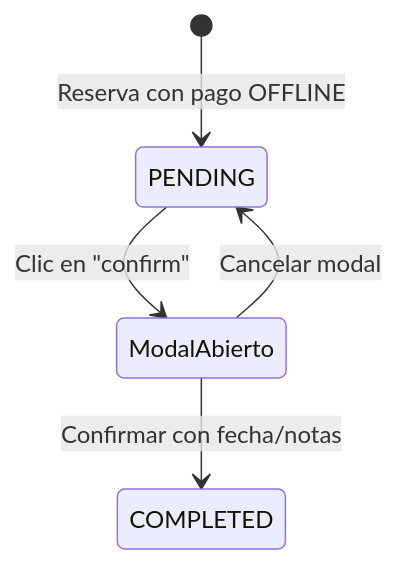
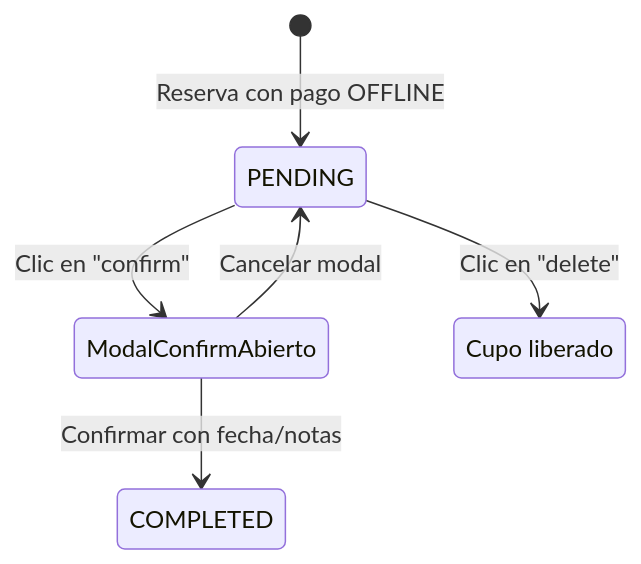
One commit to catarinas-ps-2026/alf.io changed the fourth of 4 diagrams in wiki/Diseño-de-Casos-de-Prueba-Funcionales.md. Above: the diagram before and after it, drawn with Mermaid. The commit also changed other lines of this file, not shown here.

````diff
--- a/wiki/Diseño-de-Casos-de-Prueba-Funcionales.md
+++ b/wiki/Diseño-de-Casos-de-Prueba-Funcionales.md
@@ -378,7 +378,9 @@
 ```mermaid
 stateDiagram-v2
     [*] --> PENDING: Reserva con pago OFFLINE
-    PENDING --> ModalAbierto: Clic en "confirm"
-    ModalAbierto --> COMPLETED: Confirmar con fecha/notas
-    ModalAbierto --> PENDING: Cancelar modal
+    PENDING --> ModalConfirmAbierto: Clic en "confirm"
+    PENDING --> CANCELLED: Clic en "delete"
+    ModalConfirmAbierto --> COMPLETED: Confirmar con fecha/notas
+    ModalConfirmAbierto --> PENDING: Cancelar modal
+    state "Cupo liberado" as CANCELLED
 ```
````
